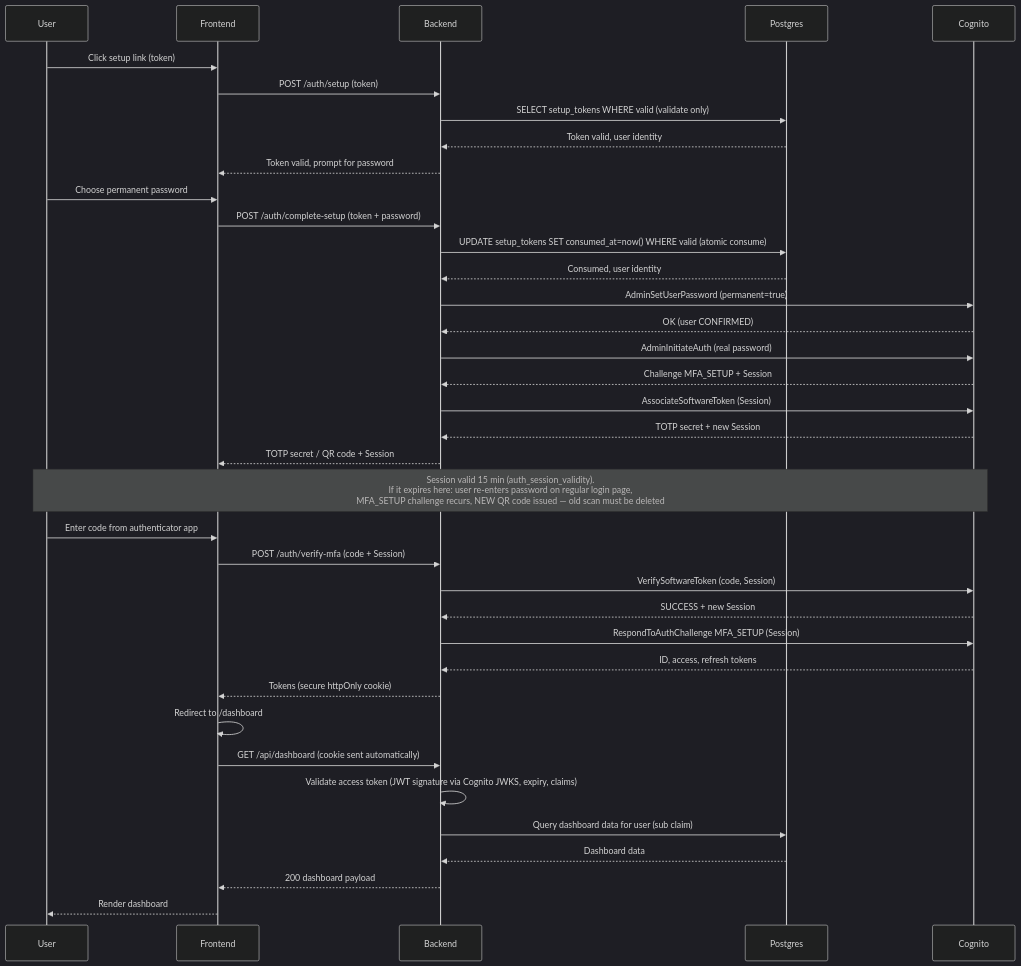
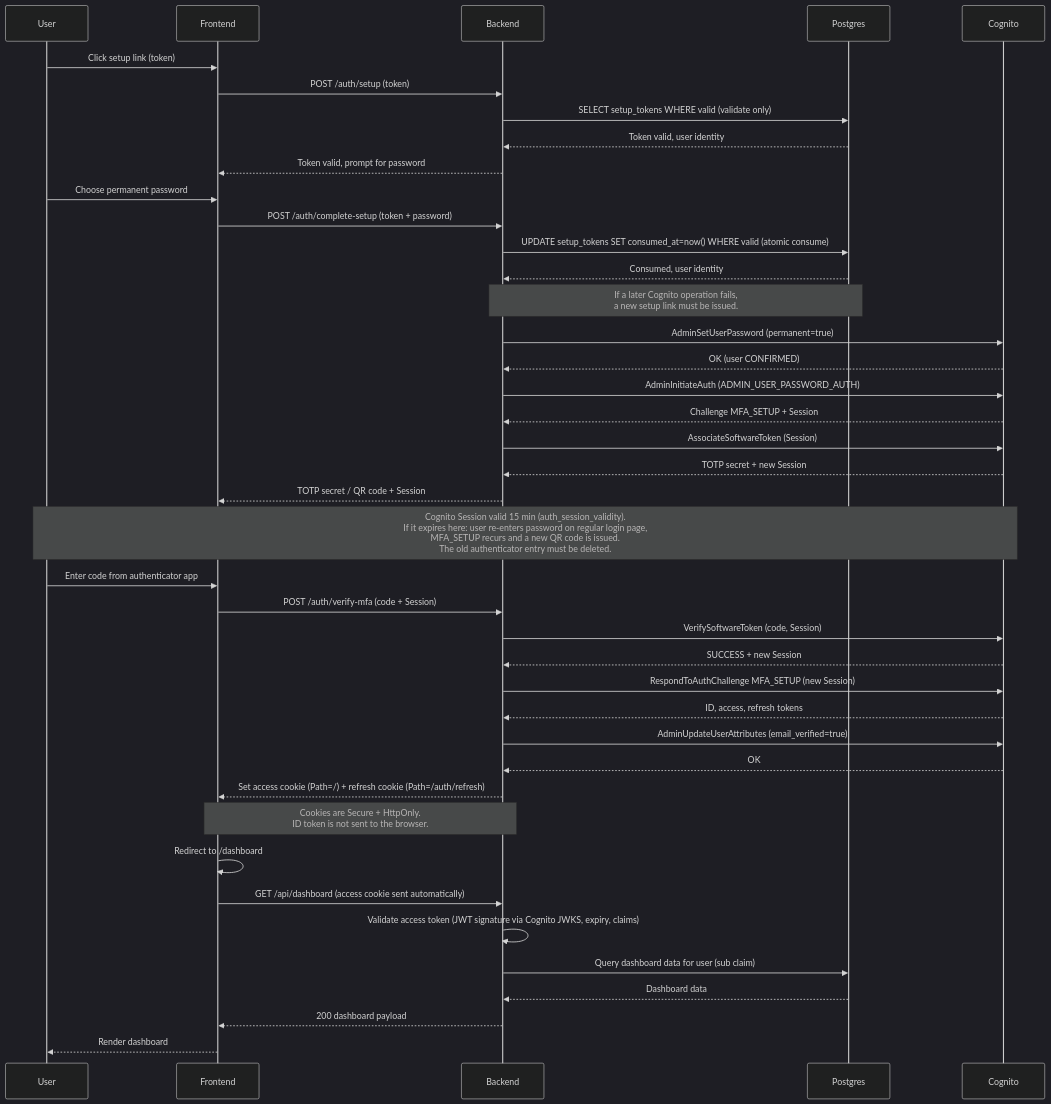
One commit to ditnice/aws-UKPS changed the second of 4 diagrams in documentation/auth/sequences.md. Above: the diagram before and after it, drawn with Mermaid (dark theme). The commit also changed other lines of this file, not shown here.

Commit message:
Update the diagrams to be more explicit

````diff
--- a/documentation/auth/sequences.md
+++ b/documentation/auth/sequences.md
@@ -25,39 +34,43 @@
 ```mermaid
 sequenceDiagram
     participant U as User
     participant F as Frontend
     participant B as Backend
     participant P as Postgres
     participant C as Cognito
     U->>F: Click setup link (token)
     F->>B: POST /auth/setup (token)
     B->>P: SELECT setup_tokens WHERE valid (validate only)
     P-->>B: Token valid, user identity
     B-->>F: Token valid, prompt for password
     U->>F: Choose permanent password
     F->>B: POST /auth/complete-setup (token + password)
     B->>P: UPDATE setup_tokens SET consumed_at=now() WHERE valid (atomic consume)
     P-->>B: Consumed, user identity
+    Note over B,P: If a later Cognito operation fails,<br/>a new setup link must be issued.
     B->>C: AdminSetUserPassword (permanent=true)
     C-->>B: OK (user CONFIRMED)
-    B->>C: AdminInitiateAuth (real password)
+    B->>C: AdminInitiateAuth (ADMIN_USER_PASSWORD_AUTH)
     C-->>B: Challenge MFA_SETUP + Session
     B->>C: AssociateSoftwareToken (Session)
     C-->>B: TOTP secret + new Session
     B-->>F: TOTP secret / QR code + Session
-    Note over U,C: Session valid 15 min (auth_session_validity).<br/>If it expires here: user re-enters password on regular login page,<br/>MFA_SETUP challenge recurs, NEW QR code issued — old scan must be deleted
+    Note over U,C: Cognito Session valid 15 min (auth_session_validity).<br/>If it expires here: user re-enters password on regular login page,<br/>MFA_SETUP recurs and a new QR code is issued.<br/>The old authenticator entry must be deleted.
     U->>F: Enter code from authenticator app
     F->>B: POST /auth/verify-mfa (code + Session)
     B->>C: VerifySoftwareToken (code, Session)
     C-->>B: SUCCESS + new Session
-    B->>C: RespondToAuthChallenge MFA_SETUP (Session)
+    B->>C: RespondToAuthChallenge MFA_SETUP (new Session)
     C-->>B: ID, access, refresh tokens
-    B-->>F: Tokens (secure httpOnly cookie)
+    B->>C: AdminUpdateUserAttributes (email_verified=true)
+    C-->>B: OK
+    B-->>F: Set access cookie (Path=/) + refresh cookie (Path=/auth/refresh)
+    Note over B,F: Cookies are Secure + HttpOnly.<br/>ID token is not sent to the browser.
     F->>F: Redirect to /dashboard
-    F->>B: GET /api/dashboard (cookie sent automatically)
+    F->>B: GET /api/dashboard (access cookie sent automatically)
     B->>B: Validate access token (JWT signature via Cognito JWKS, expiry, claims)
     B->>P: Query dashboard data for user (sub claim)
     P-->>B: Dashboard data
     B-->>F: 200 dashboard payload
     F-->>U: Render dashboard
 ```
````
